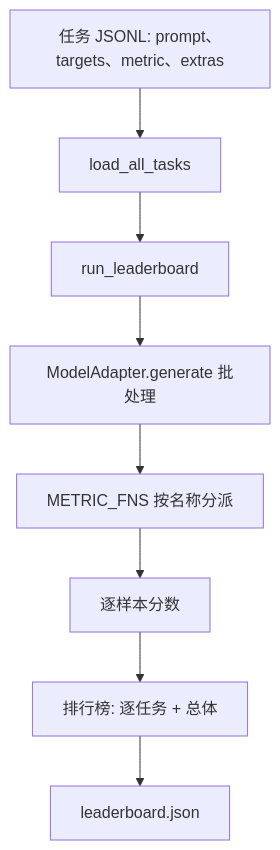
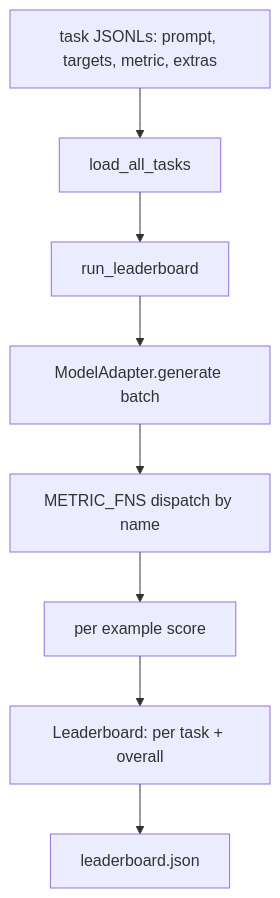
The first of 2 diagrams in phases/19-capstone-projects/49-lm-eval-harness/docs/zh.md (yuanbaoerer/ai-engineering-from-scratch), drawn with Mermaid before and after one commit. The commit also changed other lines of this file, not shown here.

````diff
--- a/phases/19-capstone-projects/49-lm-eval-harness/docs/zh.md
+++ b/phases/19-capstone-projects/49-lm-eval-harness/docs/zh.md
@@ -27,10 +27,10 @@
 ```mermaid
 flowchart TD
-  tasks[任务 JSONL: prompt、targets、metric、extras] --> loader[load_all_tasks]
+  tasks[task JSONLs: prompt, targets, metric, extras] --> loader[load_all_tasks]
   loader --> runner[run_leaderboard]
-  runner --> adapter[ModelAdapter.generate 批处理]
-  adapter --> metrics[METRIC_FNS 按名称分派]
-  metrics --> scores[逐样本分数]
-  scores --> board[排行榜: 逐任务 + 总体]
+  runner --> adapter[ModelAdapter.generate batch]
+  adapter --> metrics[METRIC_FNS dispatch by name]
+  metrics --> scores[per example score]
+  scores --> board[Leaderboard: per task + overall]
   board --> out[leaderboard.json]
 ```
````
